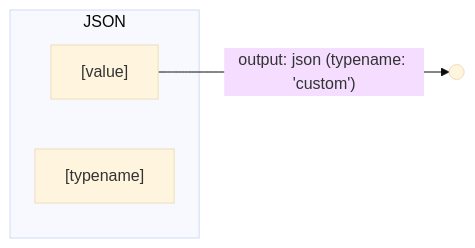
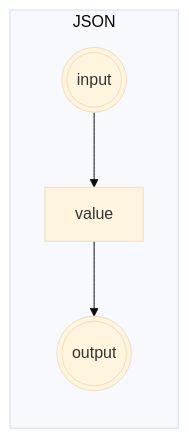
The third of 7 diagrams in docs/product/low-code-canvas.md (sisi0318/tool-website), drawn with Mermaid (base theme) before and after one commit. The commit also changed other lines of this file, not shown here.

````diff
--- a/docs/product/low-code-canvas.md
+++ b/docs/product/low-code-canvas.md
@@ -72,8 +76,7 @@
 ```mermaid
 graph LR
     subgraph JsonNode ["JSON"]
-        value["[value]"]
-        typename["[typename]"]
+        in((("input"))) --> value["value"]
+        value --> out((("output")))
     end
-    value -->|"output: json (typename: 'custom')"| out(( ))
 ```
````
